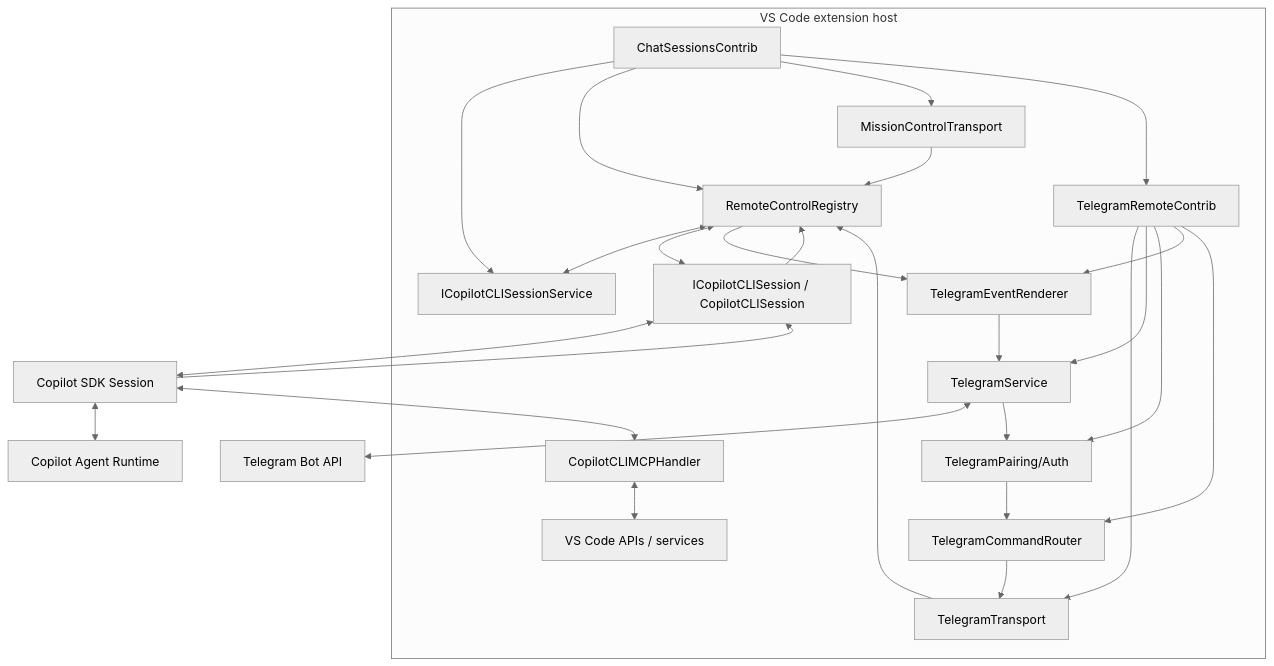
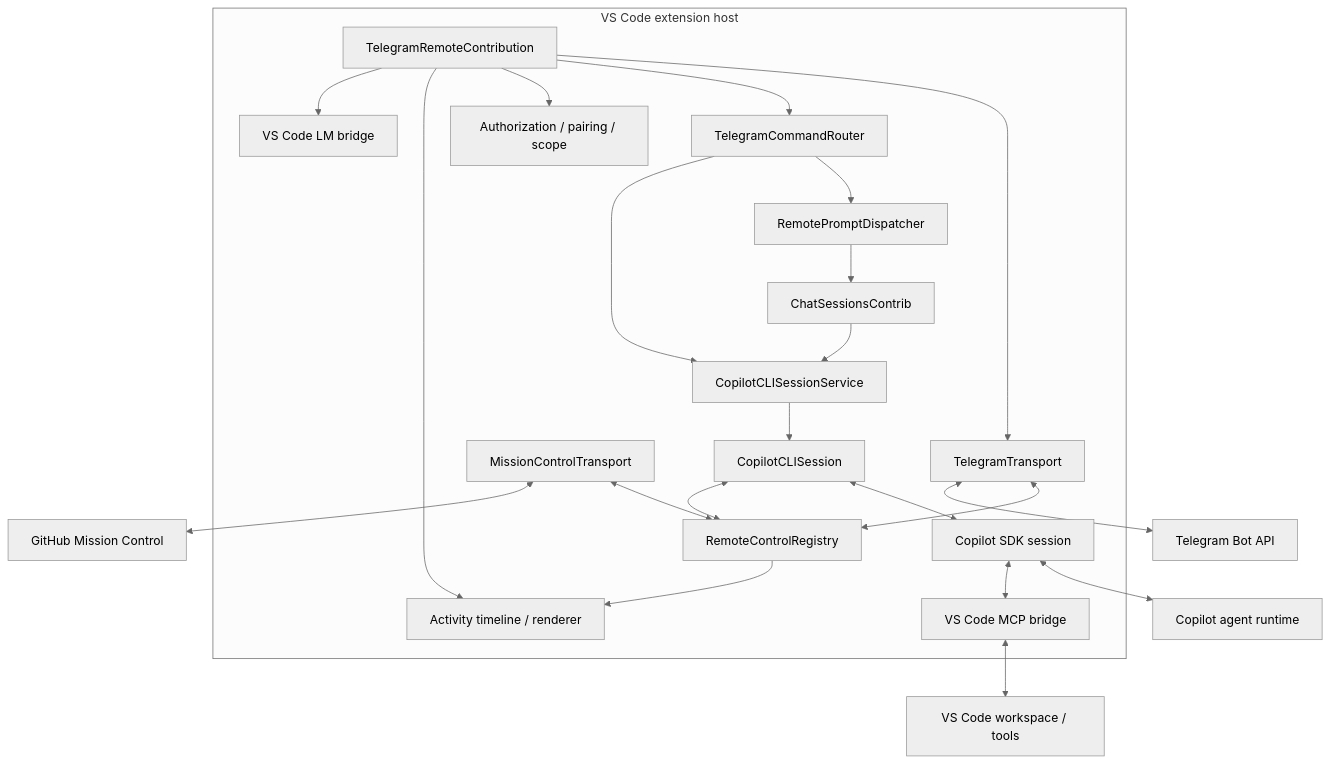
The first of 3 diagrams in extensions/copilot/docs/telegram-remote/ARCHITECTURE.md (SachiHarshitha/vscode-telegram), drawn with Mermaid (neutral theme) before and after one commit. The commit also changed other lines of this file, not shown here.

Commit message:
docs(telegram-remote): rewrite architecture around current implementation

````diff
--- a/extensions/copilot/docs/telegram-remote/ARCHITECTURE.md
+++ b/extensions/copilot/docs/telegram-remote/ARCHITECTURE.md
@@ -24,49 +36,49 @@
 ```mermaid
 flowchart TB
     subgraph VSCode[VS Code extension host]
         CSC[ChatSessionsContrib]
-        TRC[TelegramRemoteContrib]
+        SVC[CopilotCLISessionService]
+        SES[CopilotCLISession]
+        SDK[Copilot SDK session]
+        MCP[VS Code MCP bridge]
+
         RCR[RemoteControlRegistry]
+        RPD[RemotePromptDispatcher]
         MCT[MissionControlTransport]
+
+        TRC[TelegramRemoteContribution]
         TGT[TelegramTransport]
-        TS[TelegramService]
-        AUTH[TelegramPairing/Auth]
-        REN[TelegramEventRenderer]
         ROUTE[TelegramCommandRouter]
-        SVC[ICopilotCLISessionService]
-        SES[ICopilotCLISession / CopilotCLISession]
-        MCP[CopilotCLIMCPHandler]
-        VSC[VS Code APIs / services]
+        AUTH[Authorization / pairing / scope]
+        TL[Activity timeline / renderer]
+        LM[VS Code LM bridge]
     end
 
     TG[Telegram Bot API]
-    SDK[Copilot SDK Session]
-    AG[Copilot Agent Runtime]
+    GH[GitHub Mission Control]
+    IDE[VS Code workspace / tools]
+    AG[Copilot agent runtime]
 
     CSC --> SVC
-    CSC --> RCR
-    CSC --> MCT
-    CSC --> TRC
-    TRC --> TGT
-    MCT --> RCR
-    TGT --> RCR
-    TRC --> TS
-    TRC --> AUTH
-    TRC --> REN
-    TRC --> ROUTE
-
-    TS <--> TG
-    TS --> AUTH
-    AUTH --> ROUTE
-    ROUTE --> TGT
-    RCR <--> SVC
-    RCR <--> SES
+    SVC --> SES
     SES <--> SDK
     SDK <--> AG
     SDK <--> MCP
-    MCP <--> VSC
-    SDK --> SES
-    SES --> RCR
-    RCR --> REN
-    REN --> TS
+    MCP <--> IDE
+
+    SES <--> RCR
+    RPD --> CSC
+    MCT <--> RCR
+    MCT <--> GH
+
+    TRC --> TGT
+    TRC --> ROUTE
+    TRC --> AUTH
+    TRC --> TL
+    TRC --> LM
+    TGT <--> RCR
+    ROUTE --> RPD
+    ROUTE --> SVC
+    TGT <--> TG
+    RCR --> TL
 ```
````
